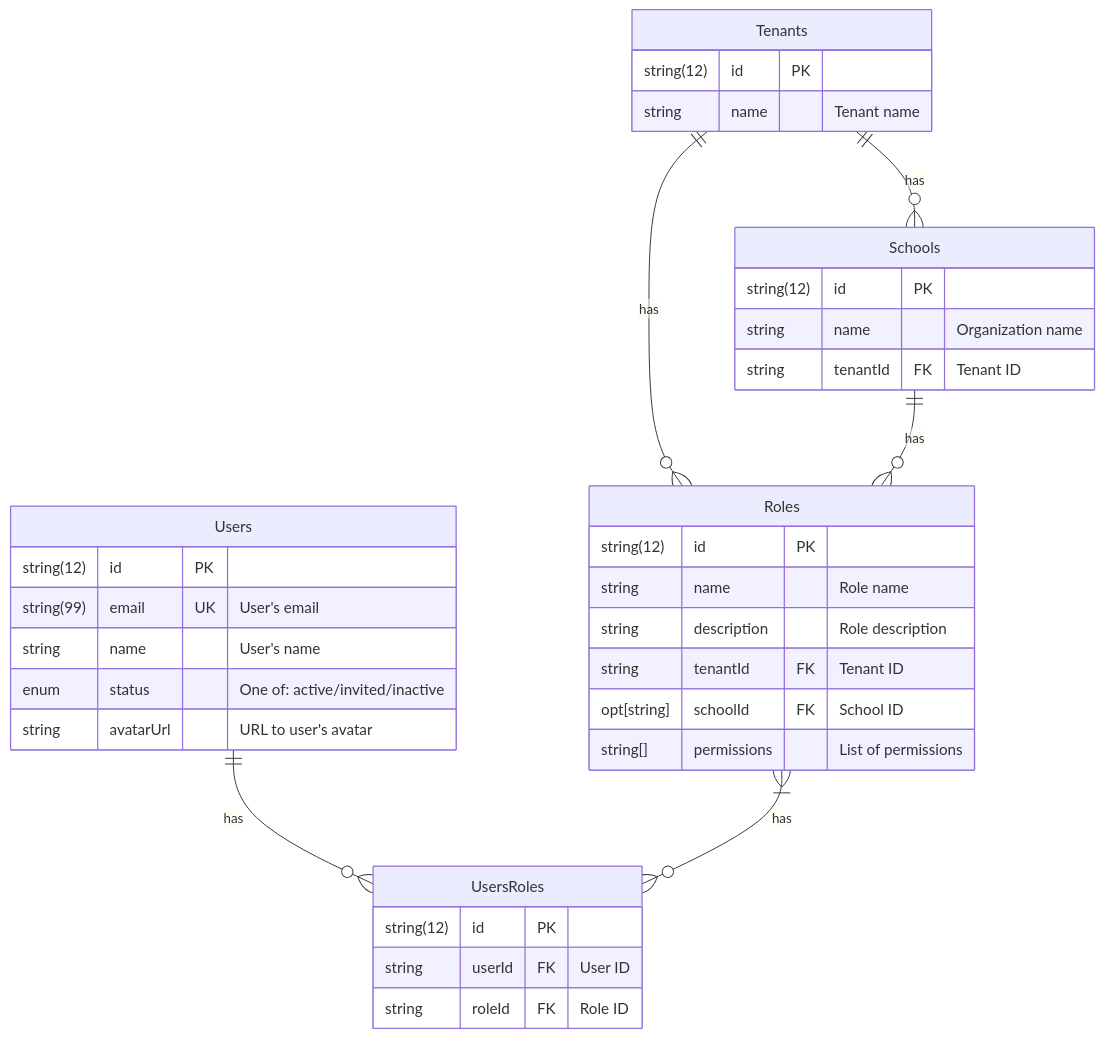
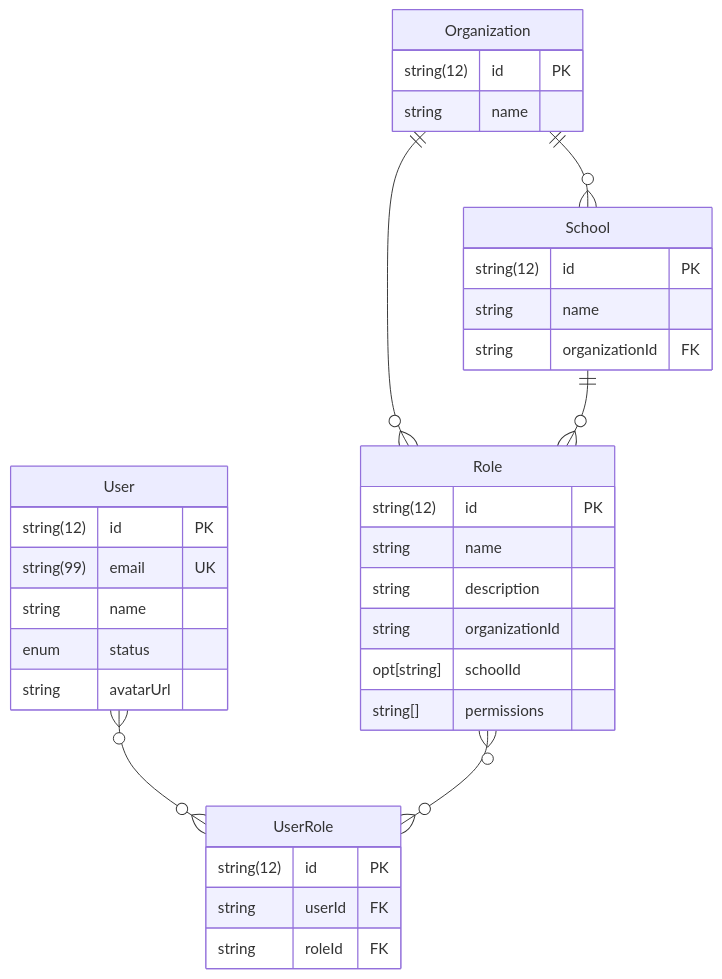
Before and after one commit to akdasa-studios/vidya: the first of 2 diagrams in docs/Entity Relationship Diagram.md, drawn with Mermaid. The commit also changed other lines of this file, not shown here.

Commit message:
docs(project): update Entity Relationship Diagram to replace 'Tenant' with 'Organization' and adjust related entities

````diff
--- a/docs/Entity Relationship Diagram.md
+++ b/docs/Entity Relationship Diagram.md
@@ -16,44 +15,44 @@
 ```mermaid
 erDiagram
-    Tenants {
+    Organization {
         string(12) id PK
-        string name "Tenant name"
+        string name
     }
 
-    Schools {
+    School {
         string(12) id PK
-        string name "Organization name"
-        string tenantId FK "Tenant ID"
+        string name
+        string organizationId FK
     }
 
-    Roles {
+    Role {
         string(12) id PK
-        string name "Role name"
-        string description "Role description"
-        string tenantId FK "Tenant ID"
-        opt[string] schoolId FK "School ID"
-        string[] permissions "List of permissions"
+        string name
+        string description
+        string organizationId
+        opt[string] schoolId
+        string[] permissions
     }
 
-    Users {
+    User {
         string(12) id PK
-        string(99) email UK "User's email"
-        string name "User's name"
-        enum status "One of: active/invited/inactive"
-        string avatarUrl "URL to user's avatar"
+        string(99) email UK
+        string name
+        enum status
+        string avatarUrl
     }
 
 
-    UsersRoles {
+    UserRole {
         string(12) id PK
-        string userId FK "User ID"
-        string roleId FK "Role ID"
+        string userId FK
+        string roleId FK
     }
 
-    Tenants ||--o{ Schools : "has"
-    Tenants ||--o{ Roles : "has"
-    Schools ||--o{ Roles : "has"
-    Users ||--o{ UsersRoles : "has"
-    Roles }|--o{ UsersRoles : "has"
+    Organization ||--o{ School : ""
+    Organization ||--o{ Role : ""
+    School ||--o{ Role : ""
+    User }o--o{ UserRole : ""
+    Role }o--o{ UserRole : ""
 
 ```
````
